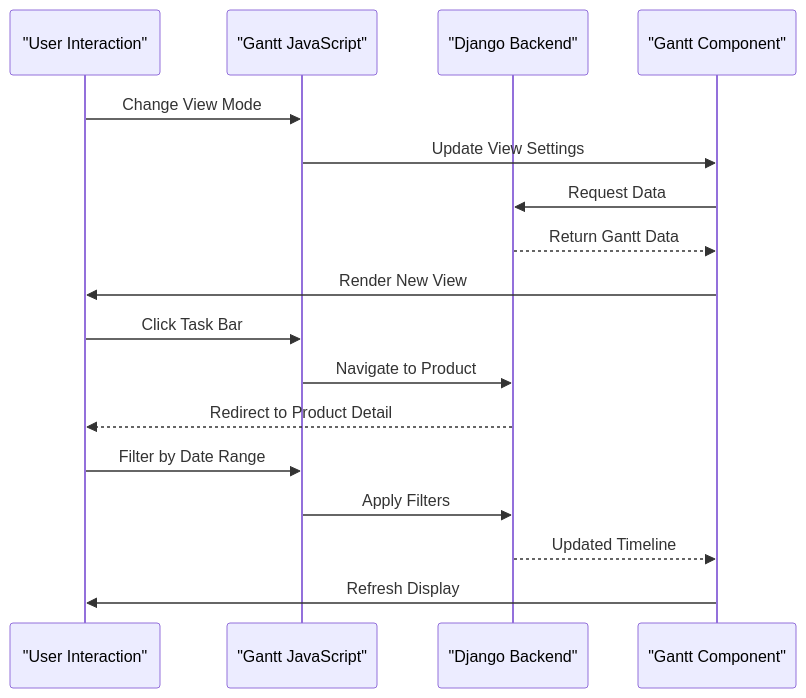
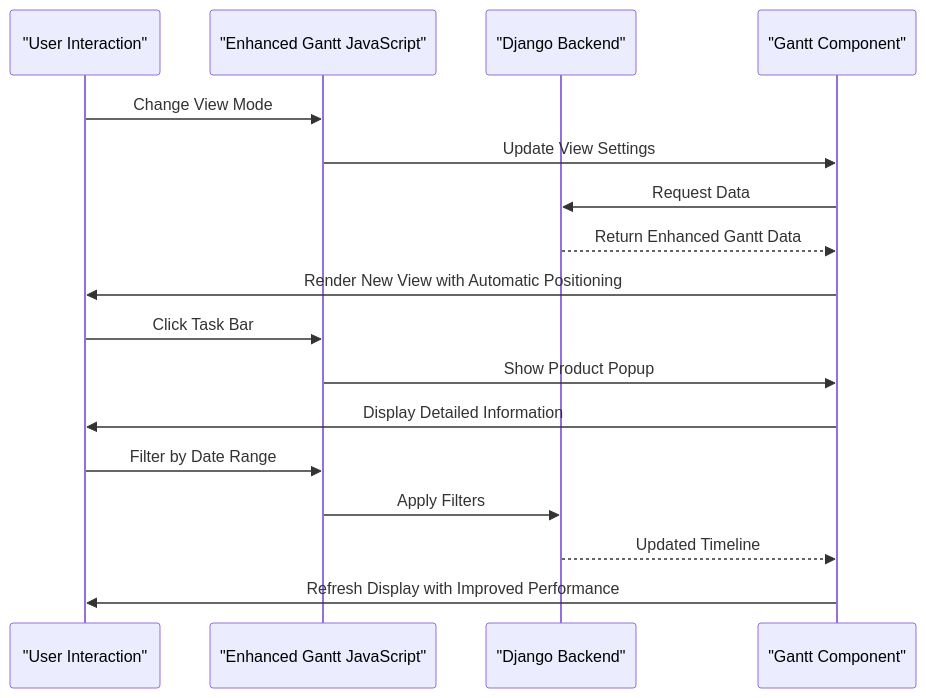
One commit to Pavel9474/task_manager changed the fifth of 7 diagrams in .qoder/repowiki/en/content/Employee and Organization Management/Employee Detail Page with Gantt Chart.md. Above: the diagram before and after it, drawn with Mermaid. The commit also changed other lines of this file and 11 other files, not shown here.

Commit message:
bars are added gantt correct, popup windows works

````diff
--- a/.qoder/repowiki/en/content/Employee and Organization Management/Employee Detail Page with Gantt Chart.md
+++ b/.qoder/repowiki/en/content/Employee and Organization Management/Employee Detail Page with Gantt Chart.md
@@ -214,19 +234,19 @@
 ```mermaid
 sequenceDiagram
 participant User as "User Interaction"
-participant JS as "Gantt JavaScript"
+participant JS as "Enhanced Gantt JavaScript"
 participant Server as "Django Backend"
 participant Chart as "Gantt Component"
 User->>JS : Change View Mode
 JS->>Chart : Update View Settings
 Chart->>Server : Request Data
-Server-->>Chart : Return Gantt Data
-Chart->>User : Render New View
+Server-->>Chart : Return Enhanced Gantt Data
+Chart->>User : Render New View with Automatic Positioning
 User->>JS : Click Task Bar
-JS->>Server : Navigate to Product
-Server-->>User : Redirect to Product Detail
+JS->>Chart : Show Product Popup
+Chart->>User : Display Detailed Information
 User->>JS : Filter by Date Range
 JS->>Server : Apply Filters
 Server-->>Chart : Updated Timeline
-Chart->>User : Refresh Display
+Chart->>User : Refresh Display with Improved Performance
 ```
````
